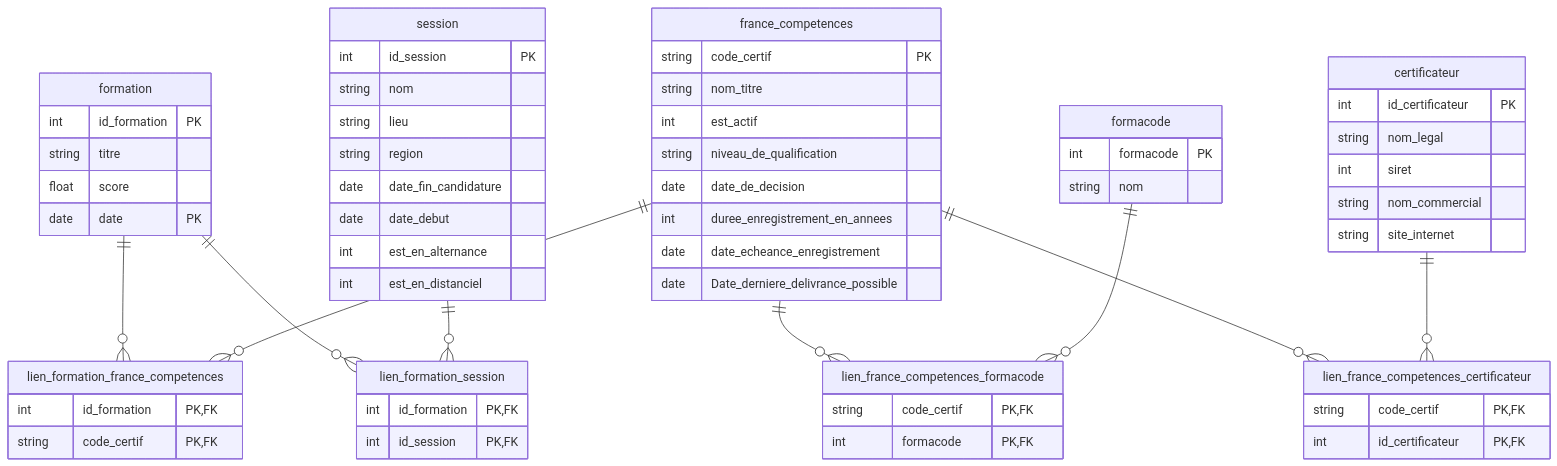
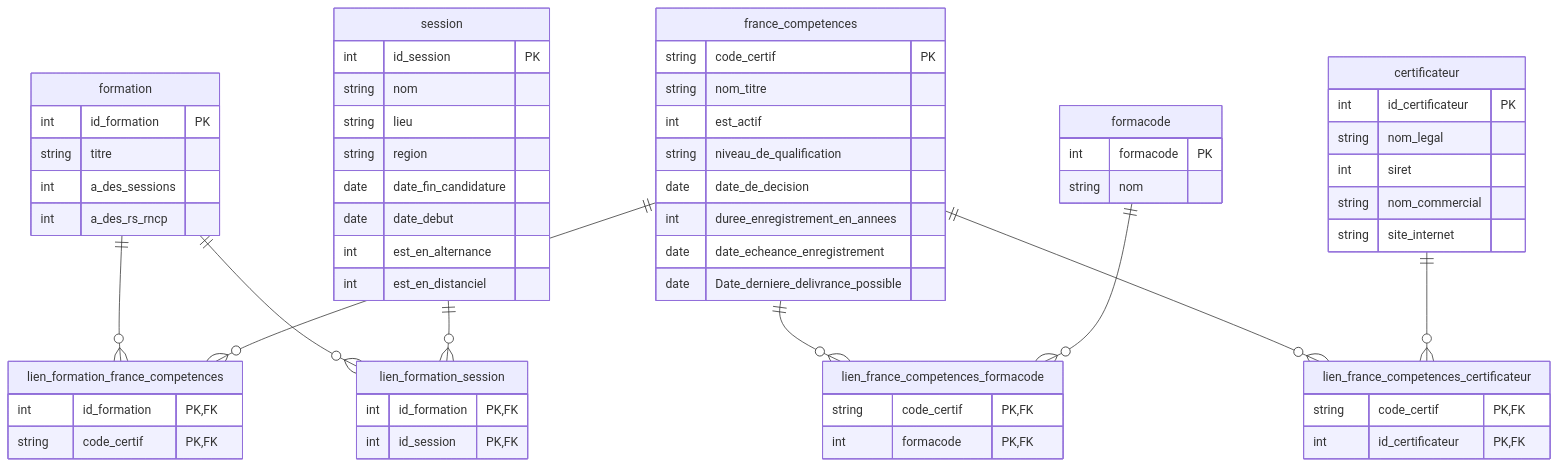
Before and after one commit to StevenDelval/Scraping_formations: the diagram in schema.md, drawn with Mermaid.

Commit message:
Change fields in schema

````diff
--- a/schema.md
+++ b/schema.md
@@ -1,77 +1,77 @@
 ```mermaid
 erDiagram
     formation {
         int id_formation PK
         string titre 
-        float score
-        date date PK
+        int a_des_sessions
+        int a_des_rs_rncp
        
     }
     france_competences {
         string code_certif PK
         string nom_titre
         int est_actif
         string niveau_de_qualification
         date date_de_decision
         int duree_enregistrement_en_annees 
         date date_echeance_enregistrement
         date Date_derniere_delivrance_possible 
 
 
     }
     lien_formation_france_competences {
         int id_formation PK,FK
         string code_certif PK,FK
     }
     formacode{
         int formacode PK
         string nom
     }
 
     lien_france_competences_formacode {
         string code_certif PK,FK
         int formacode PK,FK
     }
 
     certificateur{
         int id_certificateur PK
         string nom_legal
         int siret
         string nom_commercial
         string site_internet 
     }
 
     lien_france_competences_certificateur{
         string code_certif PK,FK
         int id_certificateur PK,FK
     }
     session{
         int id_session PK
         string nom
         string lieu
         string region
         date date_fin_candidature
         date date_debut
         int est_en_alternance
         int est_en_distanciel
     }
 
     lien_formation_session{
         int id_formation PK,FK
         int id_session PK,FK
     }
     
 
     formation ||--o{ lien_formation_france_competences : ""
     france_competences ||--o{ lien_formation_france_competences : ""
     
     france_competences ||--o{ lien_france_competences_formacode : ""
     formacode ||--o{ lien_france_competences_formacode : ""
     
     france_competences ||--o{ lien_france_competences_certificateur : ""
     certificateur ||--o{ lien_france_competences_certificateur : ""
     
     formation ||--o{ lien_formation_session : ""
     session ||--o{ lien_formation_session : ""
     
 ```
````
